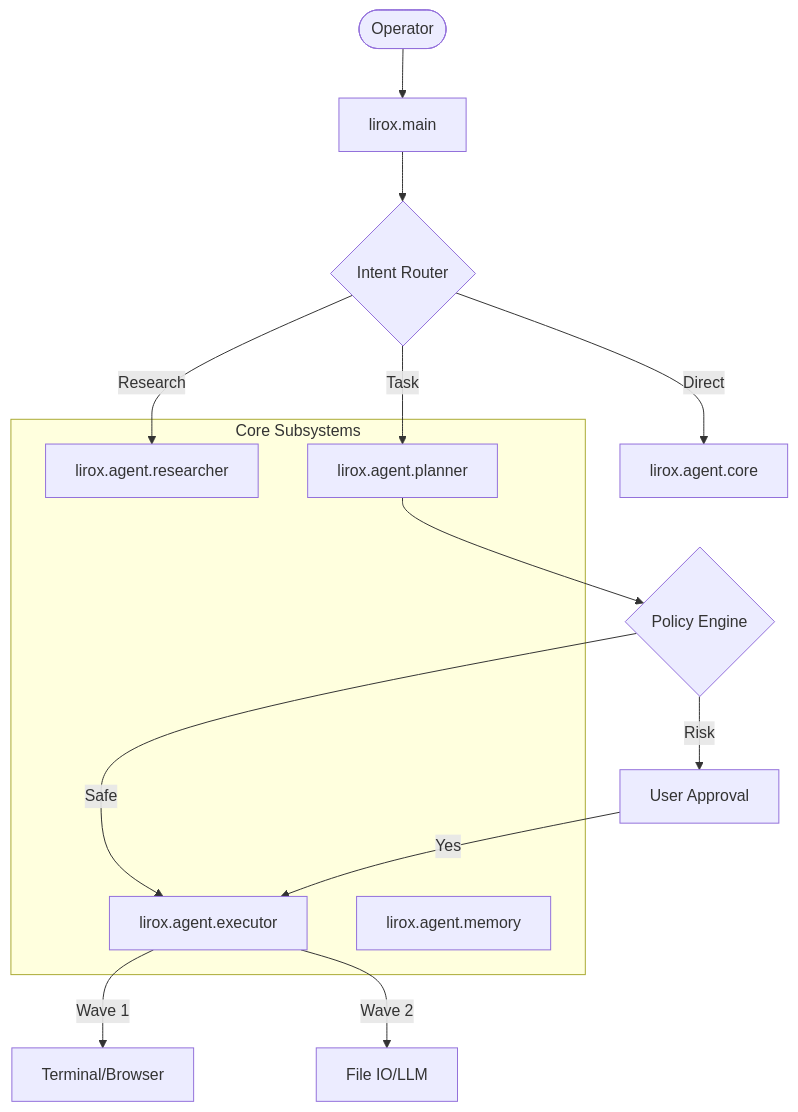
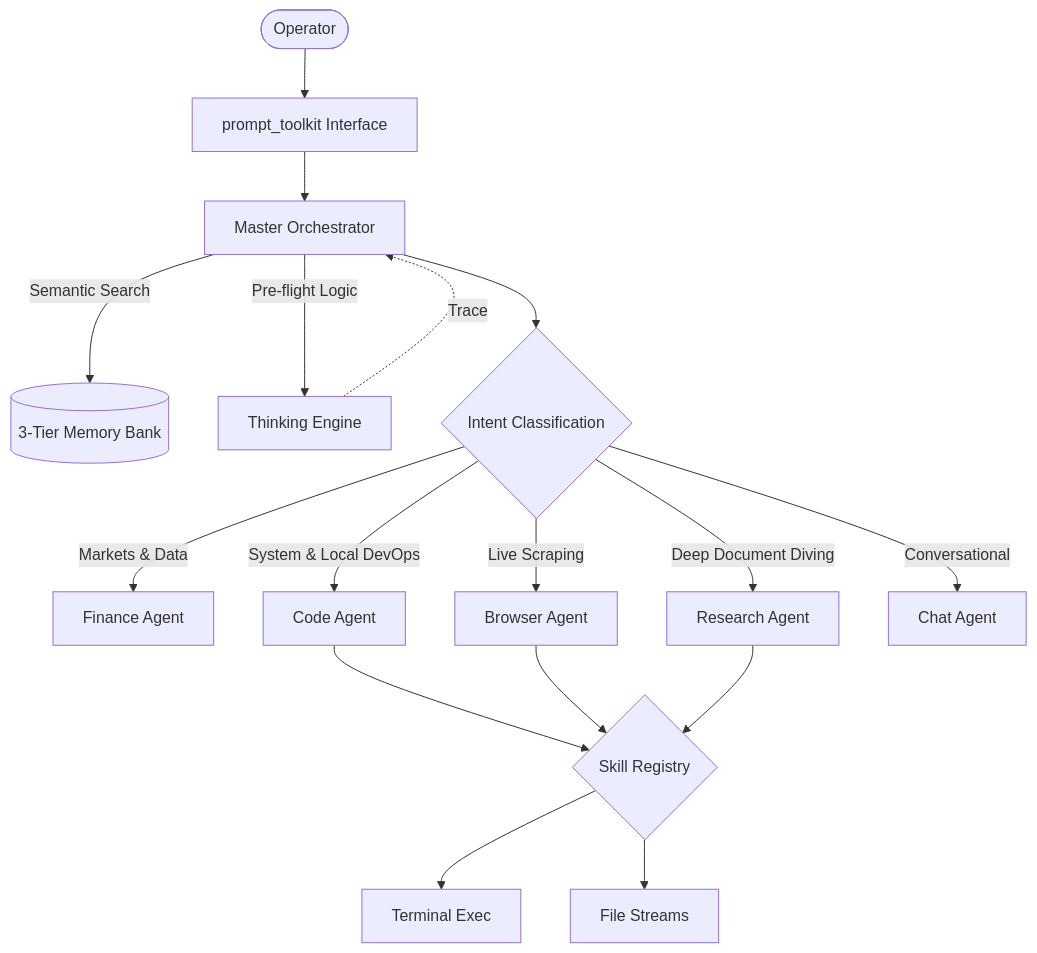
Before and after one commit to baljotchohan/Lirox: the diagram in LIROX_HANDBOOK.md, drawn with Mermaid. The commit also changed other lines of this file and 1 other file, not shown here.

Commit message:
docs: Update docs and architecture flowcharts for v2.0

````diff
--- a/LIROX_HANDBOOK.md
+++ b/LIROX_HANDBOOK.md
@@ -11,24 +11,27 @@
 ```mermaid
 graph TD
-    User([Operator]) --> Main[lirox.main]
-    Main --> Router{Intent Router}
+    User([Operator]) --> CLI[prompt_toolkit Interface]
+    CLI --> Main[Master Orchestrator]
     
-    Router -->|Research| Researcher[lirox.agent.researcher]
-    Router -->|Task| Planner[lirox.agent.planner]
-    Router -->|Direct| Chat[lirox.agent.core]
+    %% Intent Router & Memory
+    Main -->|Semantic Search| Mem[(3-Tier Memory Bank)]
+    Main -->|Pre-flight Logic| Think[Thinking Engine]
+    Think -.->|Trace| Main
     
-    Planner --> Policy{Policy Engine}
-    Policy -->|Safe| Executor[lirox.agent.executor]
-    Policy -->|Risk| Confirm[User Approval]
-    Confirm -->|Yes| Executor
+    %% Agent Routing
+    Main --> Intent{Intent Classification}
     
-    Executor -->|Wave 1| Tool1[Terminal/Browser]
-    Executor -->|Wave 2| Tool2[File IO/LLM]
+    Intent -->|Markets & Data| AF[Finance Agent]
+    Intent -->|System & Local DevOps| AC[Code Agent]
+    Intent -->|Live Scraping| AB[Browser Agent]
+    Intent -->|Deep Document Diving| AR[Research Agent]
+    Intent -->|Conversational| AChat[Chat Agent]
     
-    subgraph Core Subsystems
-        Researcher
-        Planner
-        Executor
-        Memory[lirox.agent.memory]
-    end
+    %% Execution Layer
+    AC --> ToolRegistry{Skill Registry}
+    AB --> ToolRegistry
+    AR --> ToolRegistry
+    
+    ToolRegistry --> Bash[Terminal Exec]
+    ToolRegistry --> FIO[File Streams]
 ```
````
